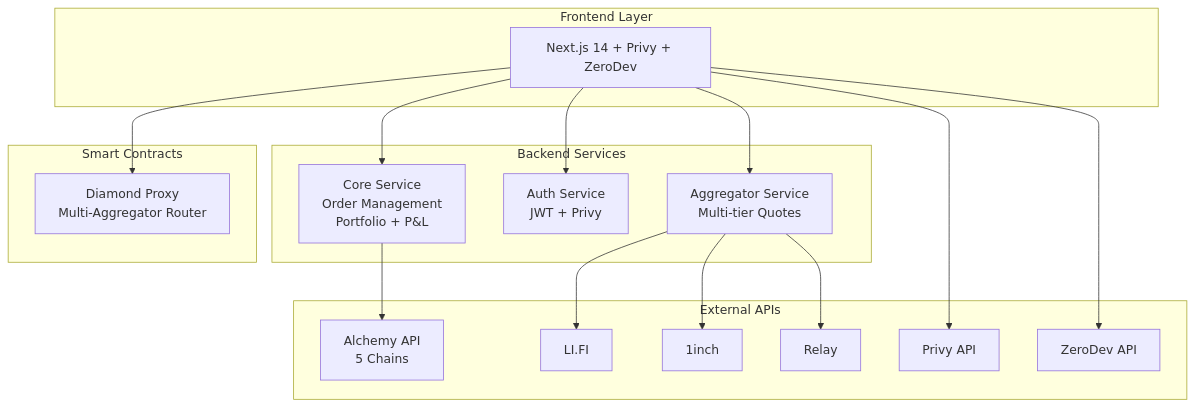
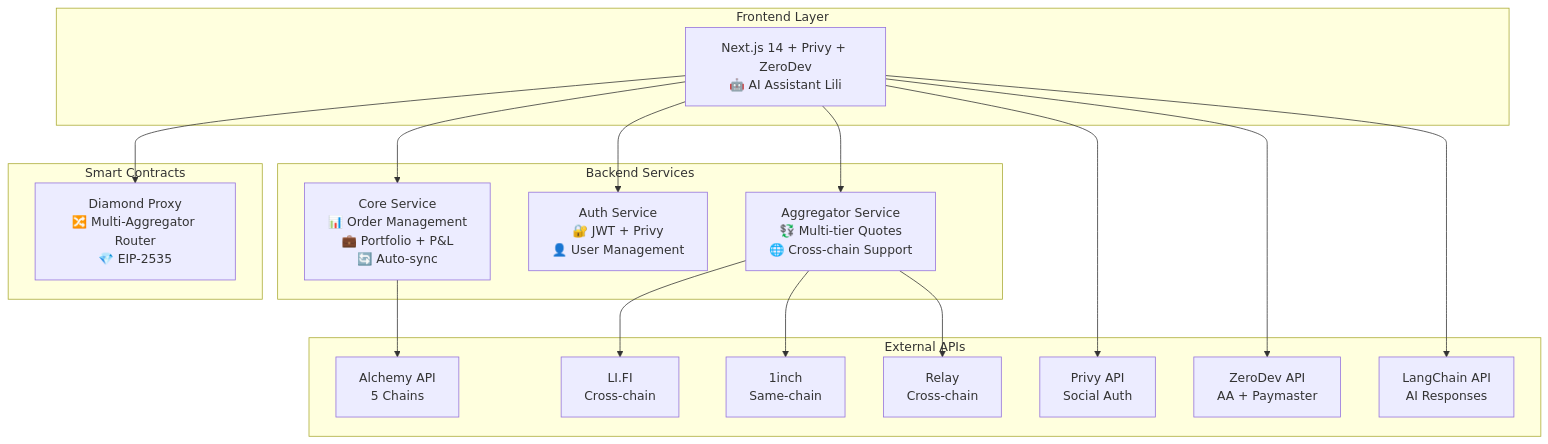
The diagram in README.md (0xsyncroot/moonx-farm), drawn with Mermaid before and after one commit. The commit also changed other lines of this file and 17 other files, not shown here.

````diff
--- a/README.md
+++ b/README.md
@@ -39,36 +42,38 @@
 ```mermaid
 graph TB
     subgraph "Frontend Layer"
-        FE[Next.js 14 + Privy + ZeroDev]
+        FE[Next.js 14 + Privy + ZeroDev<br/>🤖 AI Assistant Lili]
     end
     
     subgraph "Backend Services"
-        CORE[Core Service<br/>Order Management<br/>Portfolio + P&L]
-        AUTH[Auth Service<br/>JWT + Privy]
-        AGG[Aggregator Service<br/>Multi-tier Quotes]
+        CORE[Core Service<br/>📊 Order Management<br/>💼 Portfolio + P&L<br/>🔄 Auto-sync]
+        AUTH[Auth Service<br/>🔐 JWT + Privy<br/>👤 User Management]
+        AGG[Aggregator Service<br/>💱 Multi-tier Quotes<br/>🌐 Cross-chain Support]
     end
     
     subgraph "Smart Contracts"
-        DIAMOND[Diamond Proxy<br/>Multi-Aggregator Router]
+        DIAMOND[Diamond Proxy<br/>🔀 Multi-Aggregator Router<br/>💎 EIP-2535]
     end
     
     subgraph "External APIs"
         ALCHEMY[Alchemy API<br/>5 Chains]
-        LIFI[LI.FI]
-        ONEINCH[1inch] 
-        RELAY[Relay]
-        PRIVY_API[Privy API]
-        ZERODEV_API[ZeroDev API]
+        LIFI[LI.FI<br/>Cross-chain]
+        ONEINCH[1inch<br/>Same-chain] 
+        RELAY[Relay<br/>Cross-chain]
+        PRIVY_API[Privy API<br/>Social Auth]
+        ZERODEV_API[ZeroDev API<br/>AA + Paymaster]
+        LANGCHAIN[LangChain API<br/>AI Responses]
     end
     
     FE --> CORE
     FE --> AUTH
     FE --> AGG
     FE --> DIAMOND
     FE --> PRIVY_API
     FE --> ZERODEV_API
+    FE --> LANGCHAIN
     CORE --> ALCHEMY
     AGG --> LIFI
     AGG --> ONEINCH
     AGG --> RELAY
 ```
````
